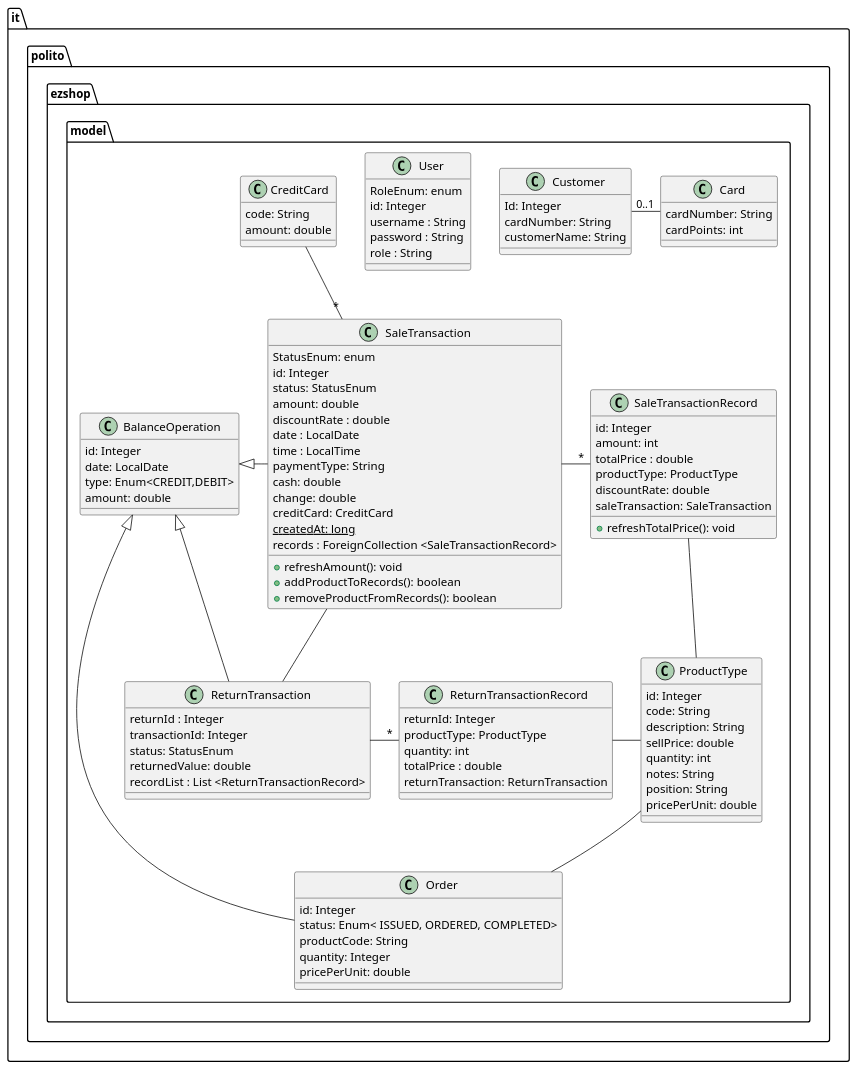
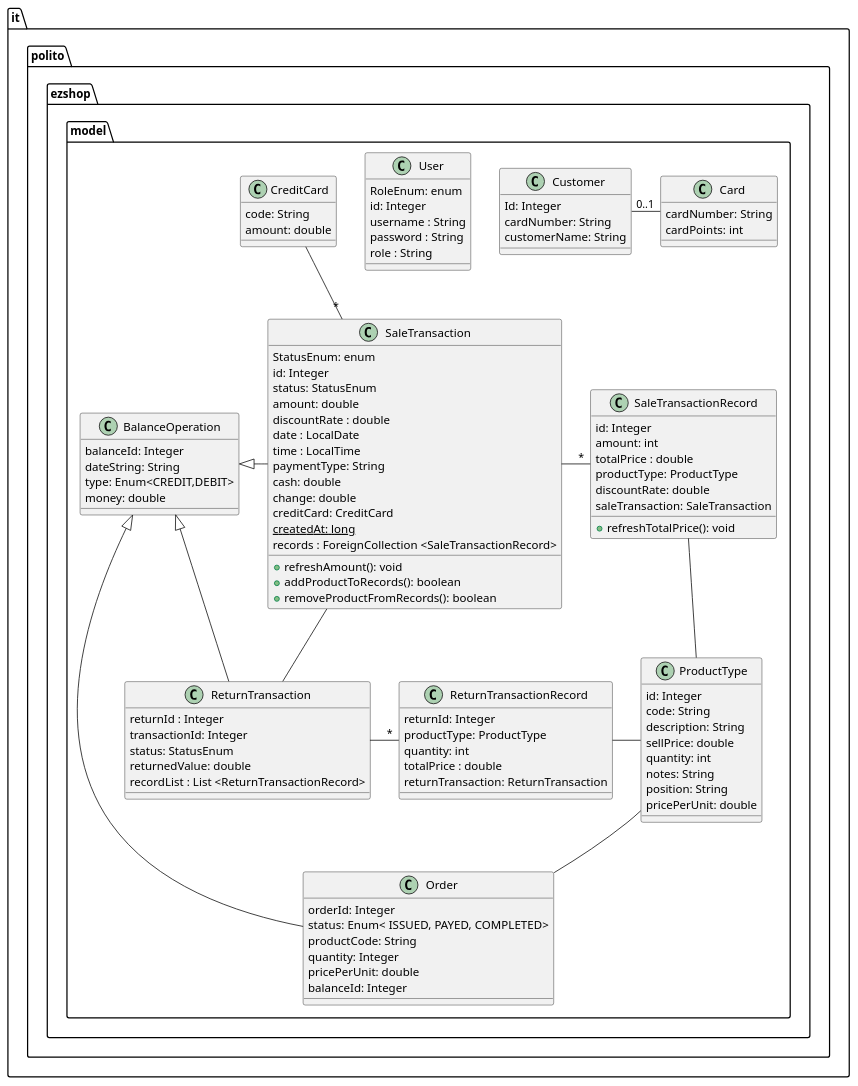
One commit to paocela/EzShop changed the third of 29 diagrams in Deliverables/DesignDocument.md. Above: the diagram before and after it, drawn with PlantUML.

Commit message:
updated model design for Order and BalanceOperation in DesignDocument.md

```diff
--- a/Deliverables/DesignDocument.md
+++ b/Deliverables/DesignDocument.md
@@ -252,18 +252,19 @@
     }
    
     class Order {
-        id: Integer
-        status: Enum< ISSUED, ORDERED, COMPLETED>
+        orderId: Integer
+        status: Enum< ISSUED, PAYED, COMPLETED>
         productCode: String
         quantity: Integer
         pricePerUnit: double
+        balanceId: Integer
 
     }
     class BalanceOperation {
-        id: Integer
-        date: LocalDate
+        balanceId: Integer
+        dateString: String
         type: Enum<CREDIT,DEBIT>
-        amount: double
+        money: double
 
     }
     
```
